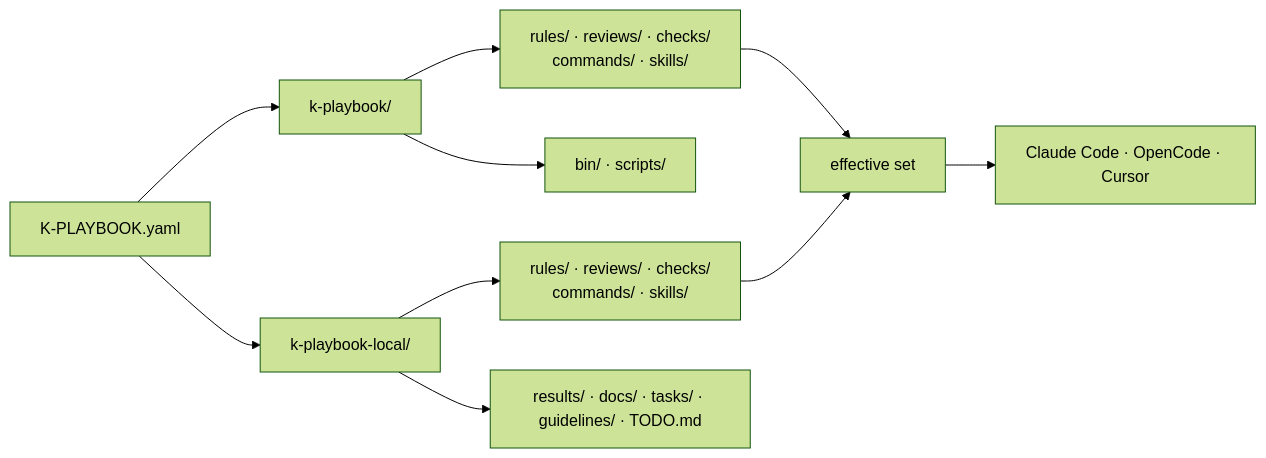
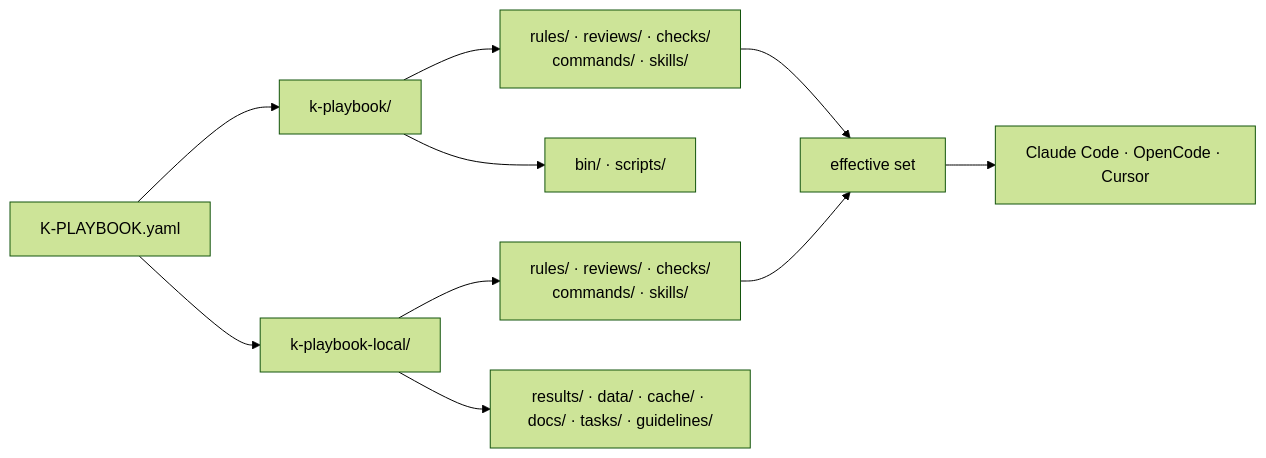
Before and after one commit to kascada/k-playbook: the first of 3 diagrams in docs/manual.md, drawn with Mermaid (forest theme). The commit also changed 51 other files, not shown here.

First line of the commit message:
Todos über k-playbook todo, Verzeichnisse data/ und cache/

````diff
--- a/docs/manual.md
+++ b/docs/manual.md
@@ -41,16 +41,16 @@
 ```mermaid
 flowchart LR
     Anchor["K-PLAYBOOK.yaml"] --> Playbook["k-playbook/"]
     Anchor --> Local["k-playbook-local/"]
 
     Playbook --> Base["rules/ · reviews/ · checks/<br>commands/ · skills/"]
     Playbook --> Tool["bin/ · scripts/"]
 
     Local --> Overlay["rules/ · reviews/ · checks/<br>commands/ · skills/"]
-    Local --> Artifacts["results/ · docs/ · tasks/ · guidelines/ · TODO.md"]
+    Local --> Artifacts["results/ · data/ · cache/ · docs/ · tasks/ · guidelines/"]
 
     Base --> Effective["effective set"]
     Overlay --> Effective
 
     Effective --> Assistant["Claude Code · OpenCode · Cursor"]
 ```
````
